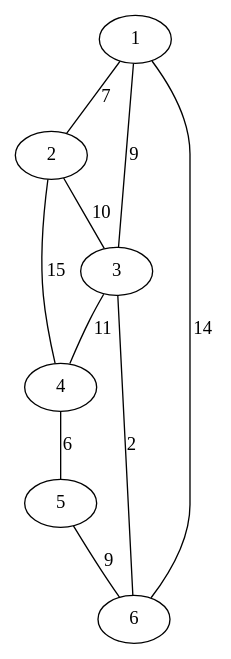
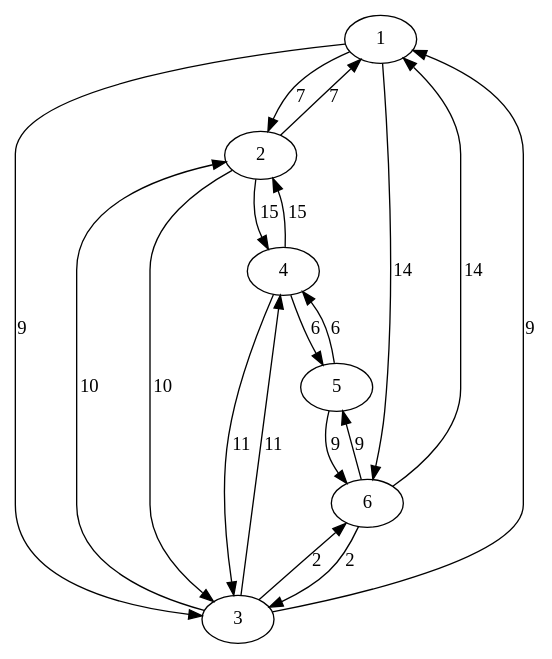
One commit to ifscprog2/trabalhofinal changed the diagram in grafos-lista-v3/grafo.dot. Above: the diagram before and after it, drawn with Graphviz. The commit also changed 4 other files, not shown here.

```diff
--- a/grafos-lista-v3/grafo.dot
+++ b/grafos-lista-v3/grafo.dot
@@ -1,11 +1,20 @@
-graph {
-	1 -- 2 [label = 7];
-	1 -- 3 [label = 9];
-	1 -- 6 [label = 14];
-	2 -- 4 [label = 15];
-	2 -- 3 [label = 10];
-	3 -- 4 [label = 11];
-	3 -- 6 [label = 2];
-	4 -- 5 [label = 6];
-	5 -- 6 [label = 9];
+digraph G{
+	1 -> 2 [label = 7];
+	1 -> 3 [label = 9];
+	1 -> 6 [label = 14];
+	2 -> 1 [label = 7];
+	2 -> 4 [label = 15];
+	2 -> 3 [label = 10];
+	3 -> 1 [label = 9];
+	3 -> 2 [label = 10];
+	3 -> 4 [label = 11];
+	3 -> 6 [label = 2];
+	4 -> 2 [label = 15];
+	4 -> 3 [label = 11];
+	4 -> 5 [label = 6];
+	5 -> 4 [label = 6];
+	5 -> 6 [label = 9];
+	6 -> 5 [label = 9];
+	6 -> 3 [label = 2];
+	6 -> 1 [label = 14];
 }
```
